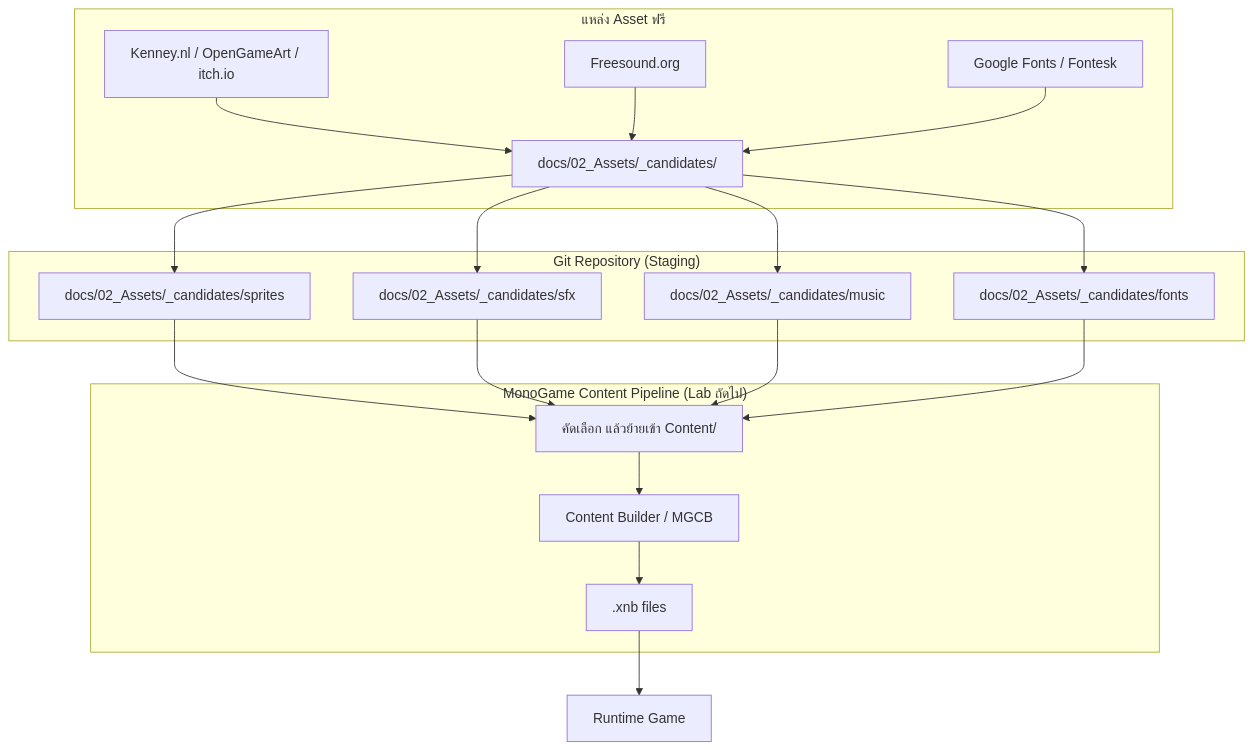
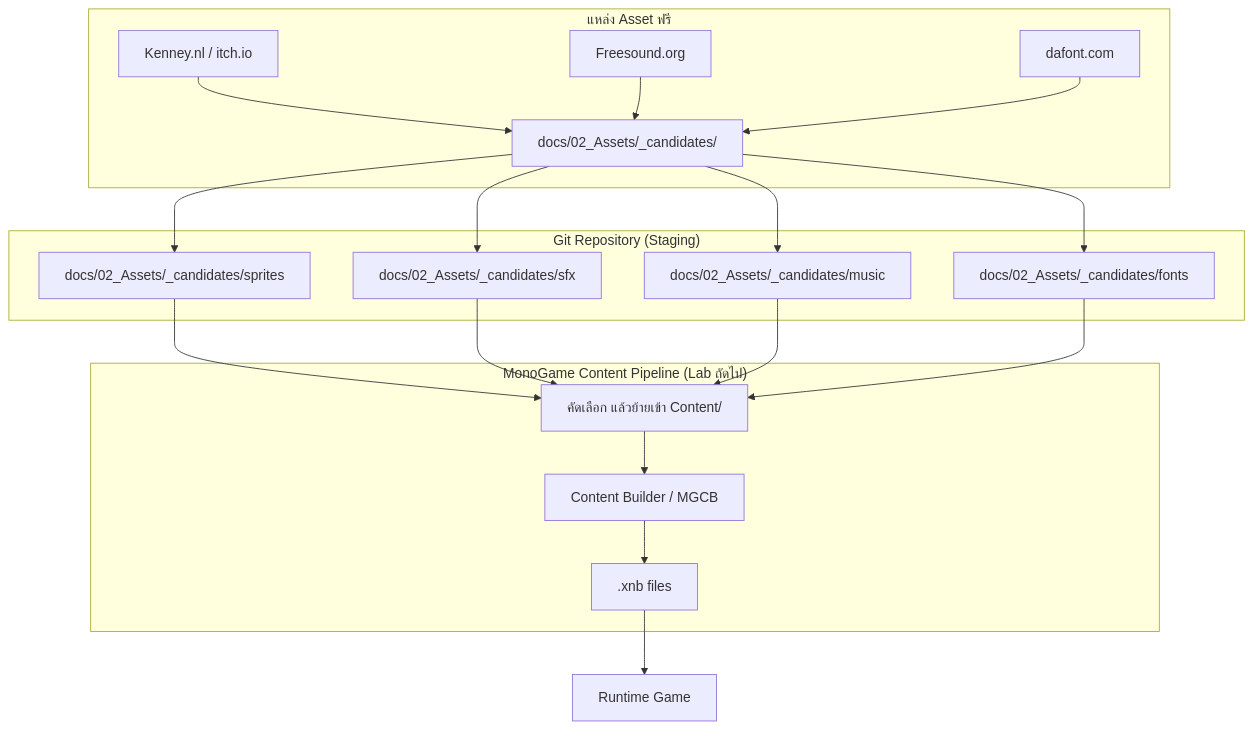
Before and after one commit to EVE2486/DG225_-PROJECT-derni-re--GAME: the diagram in docs/gdd/05-asset-list-pipeline-flow.md, drawn with Mermaid. The commit also changed 1 other file, not shown here.

Commit message:
Update asset list and pipeline flow with new sources and asset details

````diff
--- a/docs/gdd/05-asset-list-pipeline-flow.md
+++ b/docs/gdd/05-asset-list-pipeline-flow.md
@@ -3,26 +3,26 @@
 ```mermaid
 flowchart TD
     subgraph SOURCES["แหล่ง Asset ฟรี"]
-        K1[Kenney.nl / OpenGameArt / itch.io] --> C1[docs/02_Assets/_candidates/]
+        K1[Kenney.nl / itch.io] --> C1[docs/02_Assets/_candidates/]
         K2[Freesound.org] --> C1
-        K3[Google Fonts / Fontesk] --> C1
+        K3[dafont.com] --> C1
     end
 
     subgraph REPO["Git Repository (Staging)"]
         C1 --> R1[docs/02_Assets/_candidates/sprites]
         C1 --> R2[docs/02_Assets/_candidates/sfx]
         C1 --> R3[docs/02_Assets/_candidates/music]
         C1 --> R4[docs/02_Assets/_candidates/fonts]
     end
 
     subgraph PIPELINE["MonoGame Content Pipeline (Lab ถัดไป)"]
         R1 --> CP[คัดเลือก แล้วย้ายเข้า Content/]
         R2 --> CP
         R3 --> CP
         R4 --> CP
         CP --> P1[Content Builder / MGCB]
         P1 --> XNB[.xnb files]
     end
 
     XNB --> GAME[Runtime Game]
 ```
````
